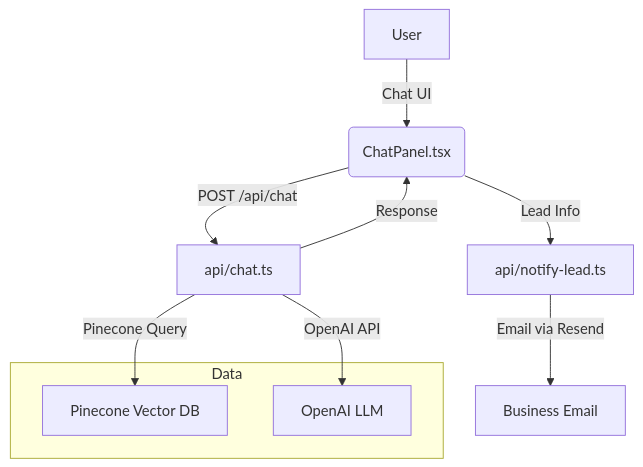
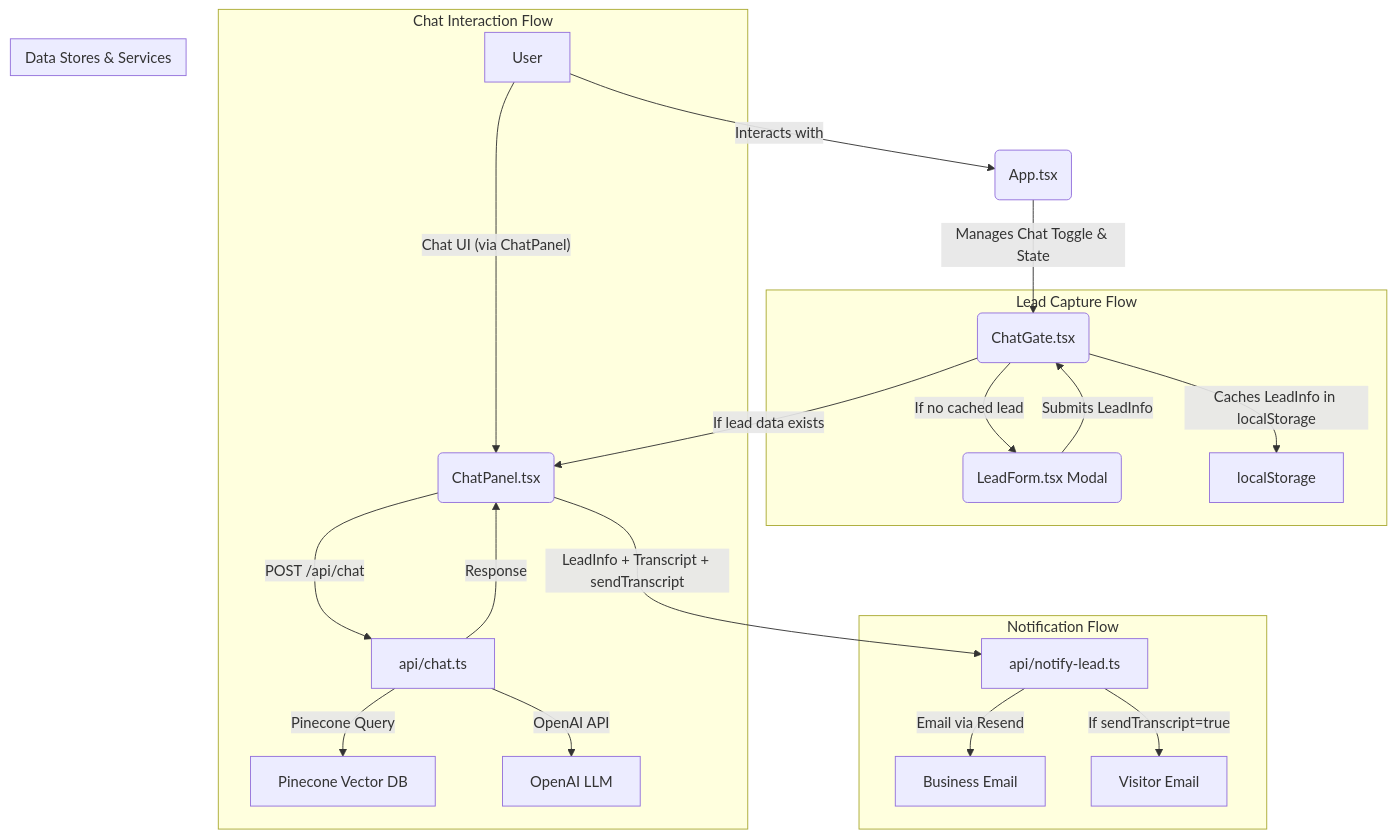
One commit to Ivanxdigital/skypearls-dream-villa changed the diagram in docs/rag-chatbot.md. Above: the diagram before and after it, drawn with Mermaid. The commit also changed other lines of this file and 17 other files, not shown here.

````diff
--- a/docs/rag-chatbot.md
+++ b/docs/rag-chatbot.md
@@ -11,14 +11,35 @@
 ```mermaid
 graph TD
-  A[User] -- Chat UI --> B(ChatPanel.tsx)
-  B -- POST /api/chat --> C[api/chat.ts]
-  C -- Pinecone Query --> D[Pinecone Vector DB]
-  C -- OpenAI API --> E[OpenAI LLM]
-  C -- Response --> B
-  B -- Lead Info --> F[api/notify-lead.ts]
-  F -- Email via Resend --> G[Business Email]
-  subgraph Data
-    D
-    E
-  end
+    A[User] -- Interacts with --> APP(App.tsx)
+    APP -- Manages Chat Toggle & State --> GT(ChatGate.tsx)
+    
+    subgraph Lead Capture Flow
+        GT -- If no cached lead --> LF(LeadForm.tsx Modal)
+        LF -- Submits LeadInfo --> GT
+        GT -- Caches LeadInfo in localStorage --> LS[localStorage]
+    end
+
+    GT -- If lead data exists --> CP(ChatPanel.tsx)
+    
+    subgraph Chat Interaction Flow
+        A -- Chat UI (via ChatPanel) --> CP
+        CP -- POST /api/chat --> API_CHAT[api/chat.ts]
+        API_CHAT -- Pinecone Query --> DB[Pinecone Vector DB]
+        API_CHAT -- OpenAI API --> LLM[OpenAI LLM]
+        API_CHAT -- Response --> CP
+    end
+
+    subgraph Notification Flow
+        CP -- LeadInfo + Transcript + sendTranscript --> API_NOTIFY[api/notify-lead.ts]
+        API_NOTIFY -- Email via Resend --> BE[Business Email]
+        API_NOTIFY -- If sendTranscript=true --> VE[Visitor Email]
+    end
+
+    subgraph Data Stores & Services
+        LS
+        DB
+        LLM
+        BE
+        VE
+    end
 ```
````
